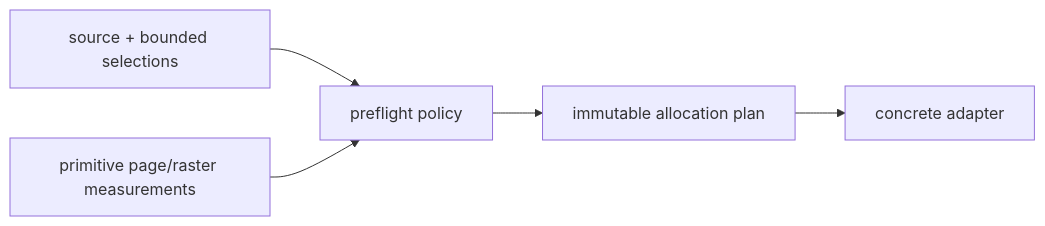
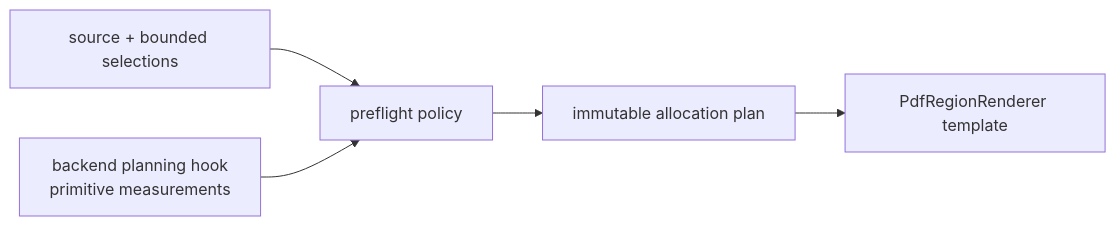
The diagram in docs/architecture/projectkoios/ingestion/pdf/preflight/schematic.md (eragasa/projectkoios-ingestion), drawn with Mermaid before and after one commit. The commit also changed other lines of this file and 74 other files, not shown here.

Commit message:
Document nominal page renderer architecture

````diff
--- a/docs/architecture/projectkoios/ingestion/pdf/preflight/schematic.md
+++ b/docs/architecture/projectkoios/ingestion/pdf/preflight/schematic.md
@@ -3,13 +3,13 @@
 ```mermaid
 flowchart LR
     Request["source + bounded selections"]
-    Measurements["primitive page/raster measurements"]
+    Hook["backend planning hook<br/>primitive measurements"]
     Policy["preflight policy"]
     Plan["immutable allocation plan"]
-    Adapter["concrete adapter"]
+    Template["PdfRegionRenderer template"]
 
     Request --> Policy
-    Measurements --> Policy
+    Hook --> Policy
     Policy --> Plan
-    Plan --> Adapter
+    Plan --> Template
 ```
````
